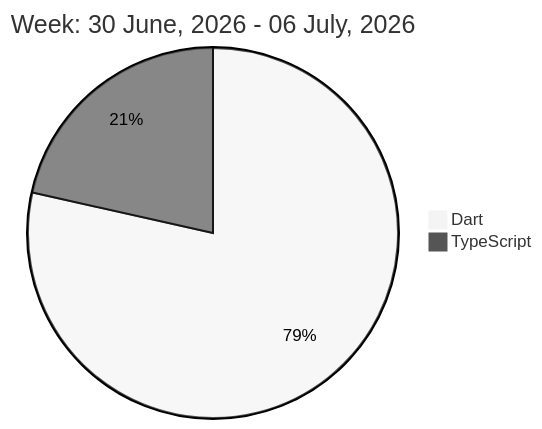
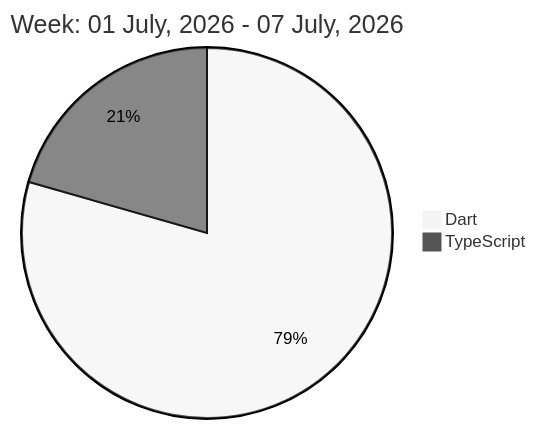
The diagram in README.md (liubin95/liubin95), drawn with Mermaid (neutral theme) before and after one commit.

Commit message:
Updated the Graph with new Metrics

````diff
--- a/README.md
+++ b/README.md
@@ -32,6 +32,6 @@
 ```mermaid
  pie
-title Week: 30 June, 2026 - 06 July, 2026
- "Dart" : 10.85
- "TypeScript" : 2.97
+title Week: 01 July, 2026 - 07 July, 2026
+ "Dart" : 12.17
+ "TypeScript" : 3.15
 ```
````
